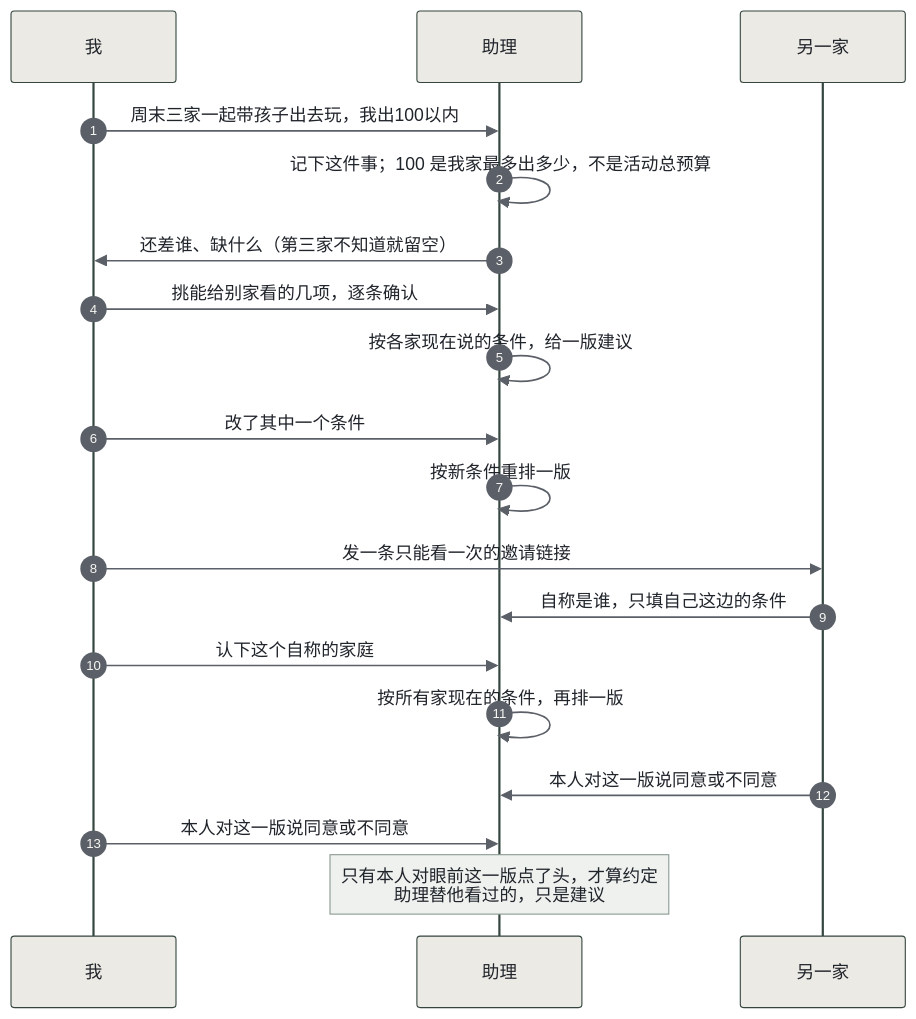
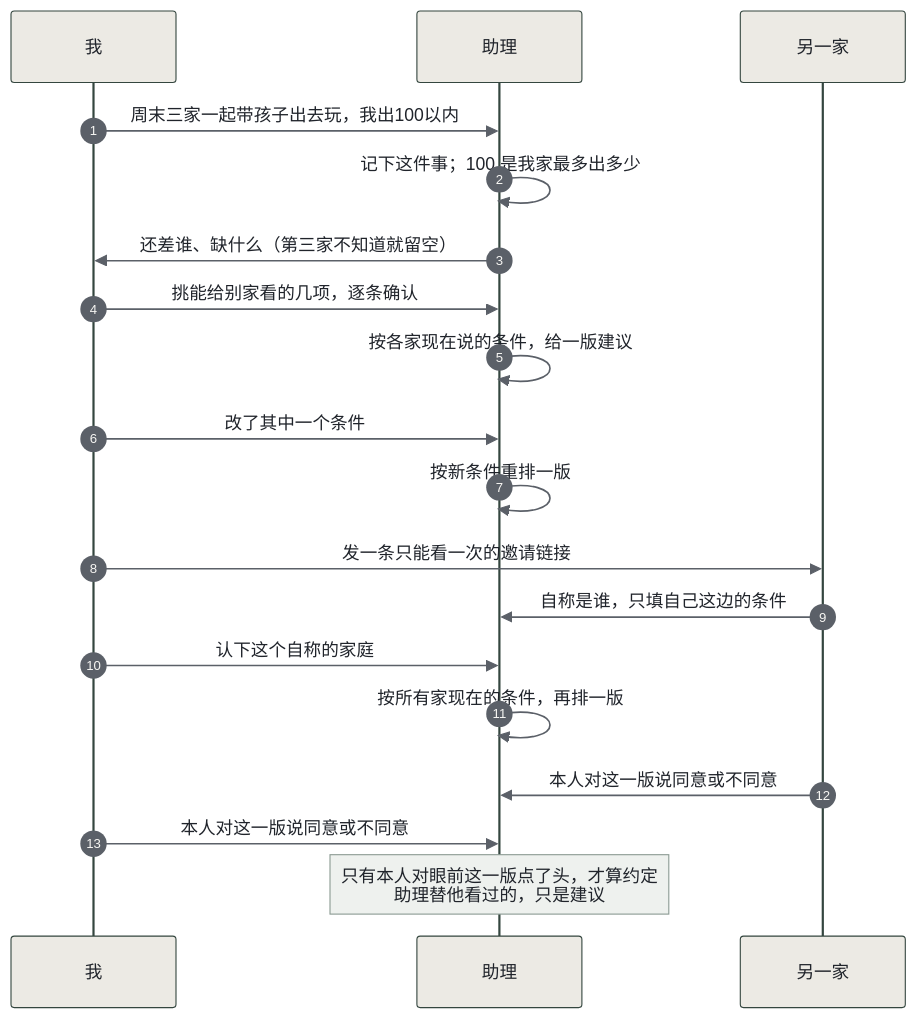
Before and after one commit to larisfavour-lang/personal-ai-hackathon: the second of 4 diagrams in README.md, drawn with Mermaid. The commit also changed other lines of this file and 1 other file, not shown here.

````diff
--- a/README.md
+++ b/README.md
@@ -67,22 +67,22 @@
 ```mermaid
 %%{init: {"theme":"base","themeVariables":{"background":"#f7f6f3","mainBkg":"#eceae4","primaryColor":"#eceae4","primaryTextColor":"#20242b","primaryBorderColor":"#34463f","secondaryColor":"#eef1ee","secondaryBorderColor":"#8a9a92","tertiaryColor":"#f7f6f3","tertiaryBorderColor":"#d9d6cf","lineColor":"#5b6068","textColor":"#20242b","fontFamily":"PingFang SC, Microsoft YaHei, sans-serif","fontSize":"15px","clusterBkg":"#f7f6f3","clusterBorder":"#d9d6cf","edgeLabelBackground":"#f7f6f3","nodeBorder":"#34463f","actorBkg":"#eceae4","actorBorder":"#34463f","actorTextColor":"#20242b","signalColor":"#5b6068","signalTextColor":"#20242b","noteBkgColor":"#eef1ee","noteTextColor":"#20242b","noteBorderColor":"#8a9a92","labelBoxBkgColor":"#eceae4","labelBoxBorderColor":"#34463f","labelTextColor":"#20242b","sequenceNumberColor":"#f7f6f3","activationBkgColor":"#eef1ee","activationBorderColor":"#8a9a92"}}}%%
 sequenceDiagram
   autonumber
   participant U as 我
   participant A as 助理
   participant F as 另一家
   U->>A: 周末三家一起带孩子出去玩，我出100以内
-  A->>A: 记下这件事；100 是我家最多出多少，不是活动总预算
+  A->>A: 记下这件事；100 是我家最多出多少
   A->>U: 还差谁、缺什么（第三家不知道就留空）
   U->>A: 挑能给别家看的几项，逐条确认
   A->>A: 按各家现在说的条件，给一版建议
   U->>A: 改了其中一个条件
   A->>A: 按新条件重排一版
   U->>F: 发一条只能看一次的邀请链接
   F->>A: 自称是谁，只填自己这边的条件
   U->>A: 认下这个自称的家庭
   A->>A: 按所有家现在的条件，再排一版
   F->>A: 本人对这一版说同意或不同意
   U->>A: 本人对这一版说同意或不同意
   Note over A: 只有本人对眼前这一版点了头，才算约定<br/>助理替他看过的，只是建议
 ```
````
